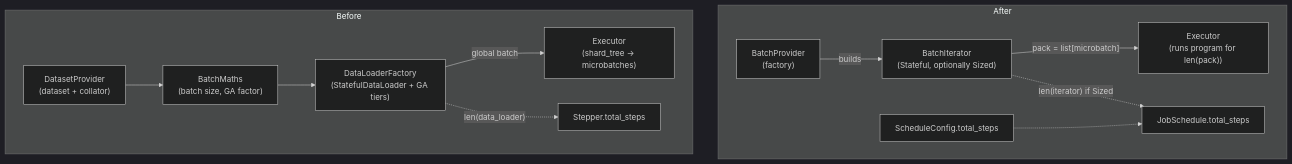
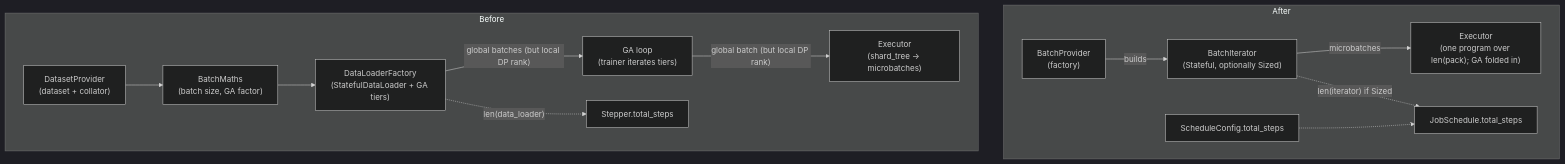
One commit to d9d-project/d9d changed the diagram in deps/0009-dep-dataflow-refactoring.md. Above: the diagram before and after it, drawn with Mermaid (dark theme).

````diff
--- a/deps/0009-dep-dataflow-refactoring.md
+++ b/deps/0009-dep-dataflow-refactoring.md
@@ -45,20 +45,21 @@
 ```mermaid
 flowchart LR
     subgraph before["Before"]
         direction LR
         bDS["DatasetProvider<br/>(dataset + collator)"] --> bBM["BatchMaths<br/>(batch size, GA factor)"]
         bBM --> bDL["DataLoaderFactory<br/>(StatefulDataLoader + GA tiers)"]
-        bDL -->|"global batch"| bEX["Executor<br/>(shard_tree → microbatches)"]
+        bDL -->|"global batches (but local DP rank)"| bGA["GA loop<br/>(trainer iterates tiers)"]
+        bGA -->|"global batch (but local DP rank)"| bEX["Executor<br/>(shard_tree → microbatches)"]
         bDL -.->|"len(data_loader)"| bST["Stepper.total_steps"]
     end
 
     subgraph after["After"]
         direction LR
         aBP["BatchProvider<br/>(factory)"] -->|builds| aBI["BatchIterator<br/>(Stateful, optionally Sized)"]
-        aBI -->|"pack = list[microbatch]"| aEX["Executor<br/>(runs program for len(pack))"]
+        aBI -->|"microbatches"| aEX["Executor<br/>(one program over len(pack); GA folded in)"]
         aBI -.->|"len(iterator) if Sized"| aJS["JobSchedule.total_steps"]
         aCFG["ScheduleConfig.total_steps"] -.-> aJS
     end
 
     before ~~~ after
 ```
````
